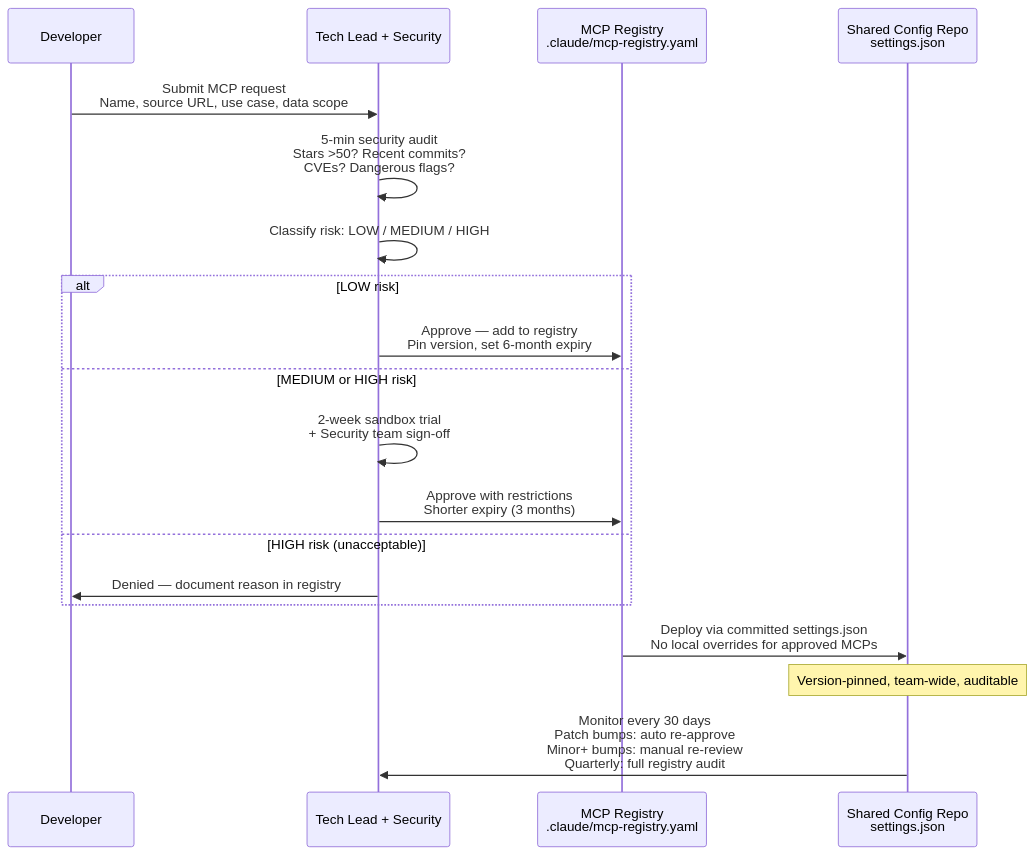
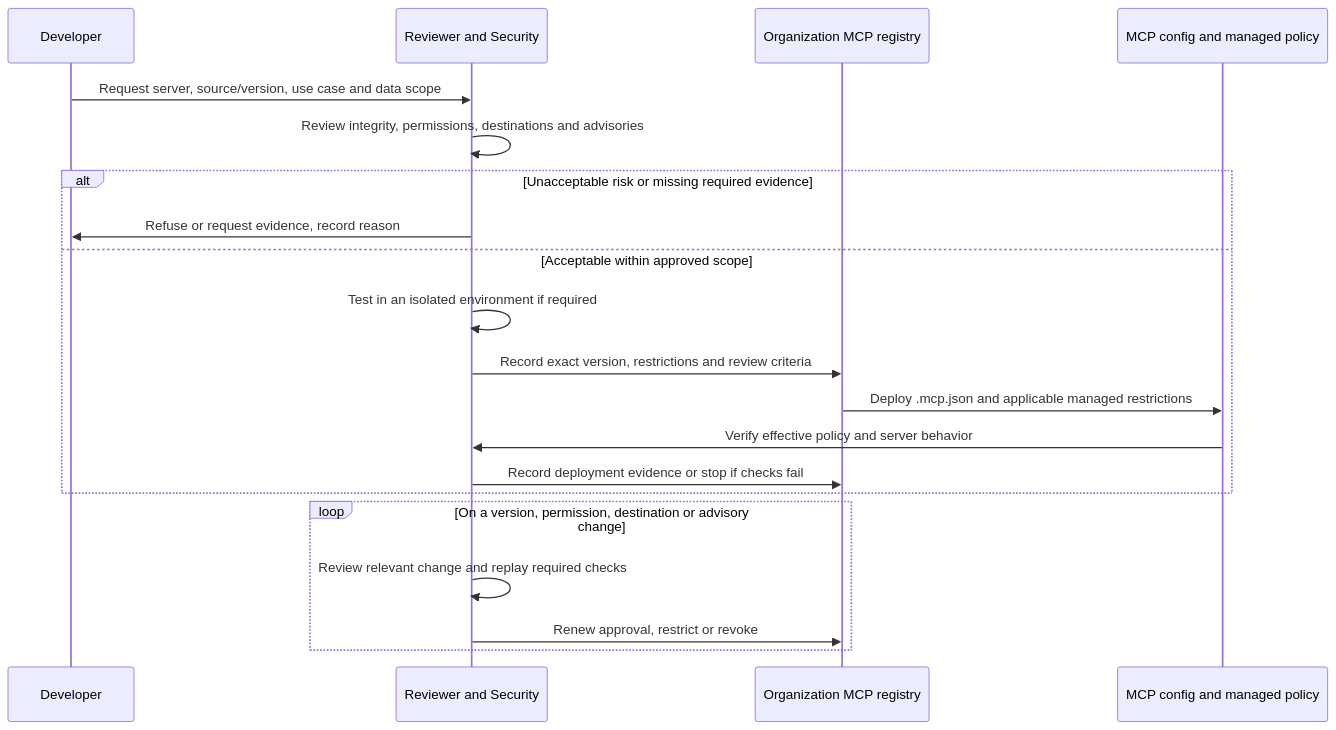
One commit to FlorianBruniaux/claude-code-ultimate-guide changed the second of 3 diagrams in guide/diagrams/12-enterprise-governance.md. Above: the diagram before and after it, drawn with Mermaid. The commit also changed other lines of this file and 17 other files, not shown here.

Commit message:
docs: refresh all diagrams and correct their source guidance

````diff
--- a/guide/diagrams/12-enterprise-governance.md
+++ b/guide/diagrams/12-enterprise-governance.md
@@ -84,26 +72,22 @@
 ```mermaid
 sequenceDiagram
     participant DEV as Developer
-    participant TL as Tech Lead + Security
-    participant REG as MCP Registry<br/>.claude/mcp-registry.yaml
-    participant REPO as Shared Config Repo<br/>settings.json
-
-    DEV->>TL: Submit MCP request<br/>Name, source URL, use case, data scope
-
-    TL->>TL: 5-min security audit<br/>Stars >50? Recent commits?<br/>CVEs? Dangerous flags?
-    TL->>TL: Classify risk: LOW / MEDIUM / HIGH
-
-    alt LOW risk
-        TL->>REG: Approve — add to registry<br/>Pin version, set 6-month expiry
-    else MEDIUM or HIGH risk
-        TL->>TL: 2-week sandbox trial<br/>+ Security team sign-off
-        TL->>REG: Approve with restrictions<br/>Shorter expiry (3 months)
-    else HIGH risk (unacceptable)
-        TL->>DEV: Denied — document reason in registry
+    participant SEC as Reviewer and Security
+    participant REG as Organization MCP registry
+    participant CFG as MCP config and managed policy
+    DEV->>SEC: Request server, source/version, use case and data scope
+    SEC->>SEC: Review integrity, permissions, destinations and advisories
+    alt Unacceptable risk or missing required evidence
+        SEC->>DEV: Refuse or request evidence, record reason
+    else Acceptable within approved scope
+        SEC->>SEC: Test in an isolated environment if required
+        SEC->>REG: Record exact version, restrictions and review criteria
+        REG->>CFG: Deploy .mcp.json and applicable managed restrictions
+        CFG->>SEC: Verify effective policy and server behavior
+        SEC->>REG: Record deployment evidence or stop if checks fail
     end
-
-    REG->>REPO: Deploy via committed settings.json<br/>No local overrides for approved MCPs
-    Note over REPO: Version-pinned, team-wide, auditable
-
-    REPO->>TL: Monitor every 30 days<br/>Patch bumps: auto re-approve<br/>Minor+ bumps: manual re-review<br/>Quarterly: full registry audit
+    loop On a version, permission, destination or advisory change
+        SEC->>SEC: Review relevant change and replay required checks
+        SEC->>REG: Renew approval, restrict or revoke
+    end
 ```
````
